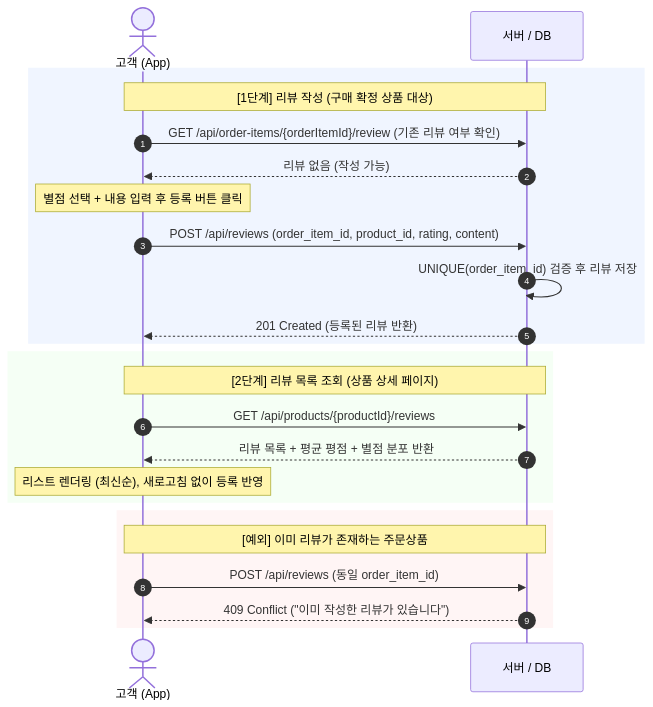
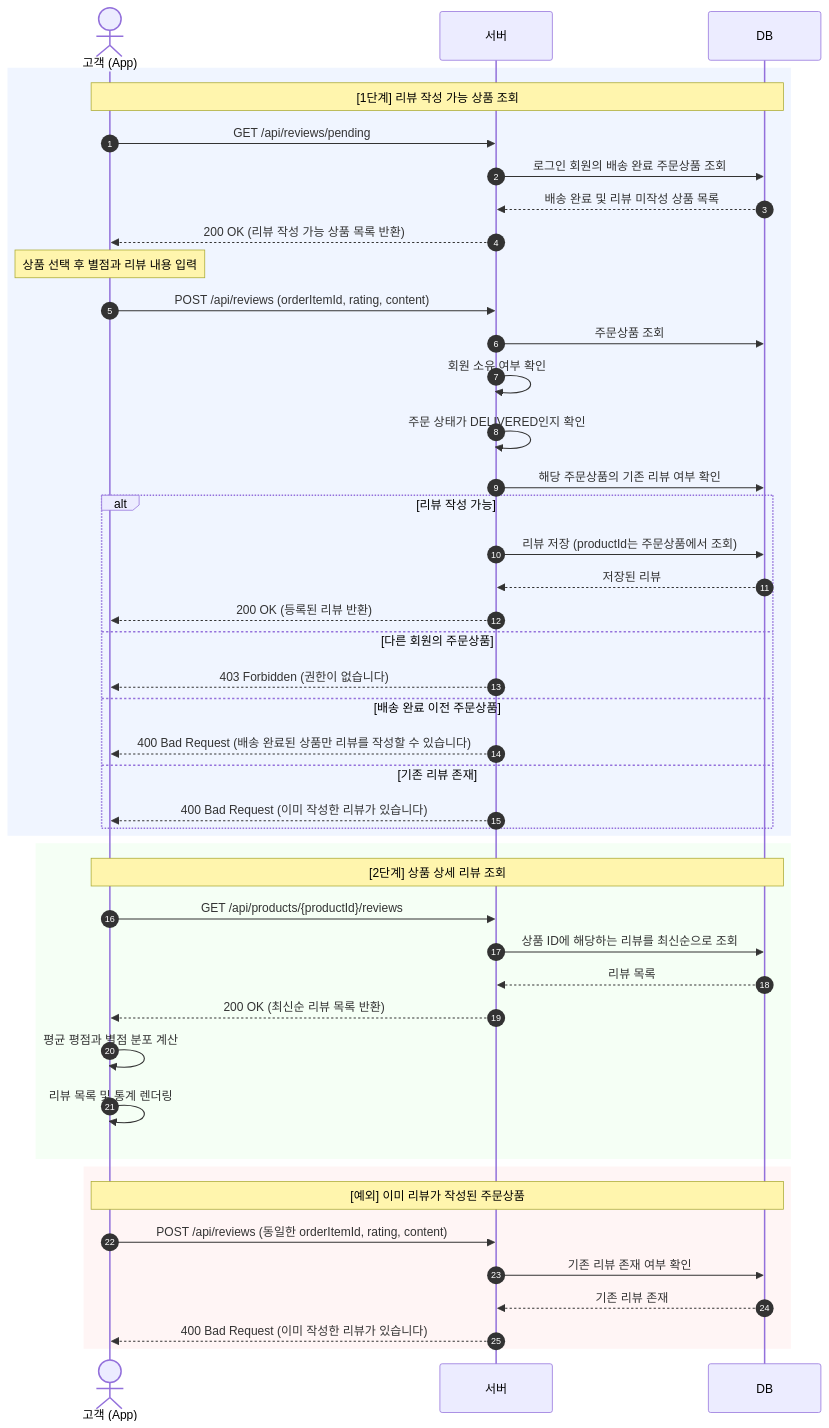
Before and after one commit to team-4-ladder/Murder-Help: the ninth of 10 diagrams in README.md, drawn with Mermaid. The commit also changed other lines of this file, not shown here.

````diff
--- a/README.md
+++ b/README.md
@@ -770,32 +808,60 @@
 ```mermaid
 sequenceDiagram
     autonumber
     actor C as 고객 (App)
-    participant S as 서버 / DB
+    participant S as 서버
+    participant DB as DB
 
-    %% 1단계: 리뷰 작성
+    %% 1단계: 리뷰 작성 가능 상품 조회
     rect rgb(240, 245, 255)
-    Note over C, S: [1단계] 리뷰 작성 (구매 확정 상품 대상)
-    C->>S: GET /api/order-items/{orderItemId}/review (기존 리뷰 여부 확인)
-    S-->>C: 리뷰 없음 (작성 가능)
-    Note over C: 별점 선택 + 내용 입력 후 등록 버튼 클릭
-    C->>S: POST /api/reviews (order_item_id, product_id, rating, content)
-    S->>S: UNIQUE(order_item_id) 검증 후 리뷰 저장
-    S-->>C: 201 Created (등록된 리뷰 반환)
+        Note over C, DB: [1단계] 리뷰 작성 가능 상품 조회
+
+        C->>S: GET /api/reviews/pending
+        S->>DB: 로그인 회원의 배송 완료 주문상품 조회
+        DB-->>S: 배송 완료 및 리뷰 미작성 상품 목록
+        S-->>C: 200 OK (리뷰 작성 가능 상품 목록 반환)
+
+        Note over C: 상품 선택 후 별점과 리뷰 내용 입력
+        C->>S: POST /api/reviews (orderItemId, rating, content)
+
+        S->>DB: 주문상품 조회
+        S->>S: 회원 소유 여부 확인
+        S->>S: 주문 상태가 DELIVERED인지 확인
+        S->>DB: 해당 주문상품의 기존 리뷰 여부 확인
+
+        alt 리뷰 작성 가능
+            S->>DB: 리뷰 저장 (productId는 주문상품에서 조회)
+            DB-->>S: 저장된 리뷰
+            S-->>C: 200 OK (등록된 리뷰 반환)
+        else 다른 회원의 주문상품
+            S-->>C: 403 Forbidden (권한이 없습니다)
+        else 배송 완료 이전 주문상품
+            S-->>C: 400 Bad Request (배송 완료된 상품만 리뷰를 작성할 수 있습니다)
+        else 기존 리뷰 존재
+            S-->>C: 400 Bad Request (이미 작성한 리뷰가 있습니다)
+        end
     end
 
-    %% 2단계: 리뷰 목록 조회
+    %% 2단계: 상품 리뷰 목록 조회
     rect rgb(245, 255, 245)
-    Note over C, S: [2단계] 리뷰 목록 조회 (상품 상세 페이지)
-    C->>S: GET /api/products/{productId}/reviews
-    S-->>C: 리뷰 목록 + 평균 평점 + 별점 분포 반환
-    Note over C: 리스트 렌더링 (최신순), 새로고침 없이 등록 반영
+        Note over C, DB: [2단계] 상품 상세 리뷰 조회
+
+        C->>S: GET /api/products/{productId}/reviews
+        S->>DB: 상품 ID에 해당하는 리뷰를 최신순으로 조회
+        DB-->>S: 리뷰 목록
+        S-->>C: 200 OK (최신순 리뷰 목록 반환)
+
+        C->>C: 평균 평점과 별점 분포 계산
+        C->>C: 리뷰 목록 및 통계 렌더링
     end
 
-    %% 3단계: 예외 - 중복 작성
+    %% 3단계: 중복 리뷰 작성 예외
     rect rgb(255, 245, 245)
-    Note over C, S: [예외] 이미 리뷰가 존재하는 주문상품
-    C->>S: POST /api/reviews (동일 order_item_id)
-    S-->>C: 409 Conflict ("이미 작성한 리뷰가 있습니다")
+        Note over C, DB: [예외] 이미 리뷰가 작성된 주문상품
+
+        C->>S: POST /api/reviews (동일한 orderItemId, rating, content)
+        S->>DB: 기존 리뷰 존재 여부 확인
+        DB-->>S: 기존 리뷰 존재
+        S-->>C: 400 Bad Request (이미 작성한 리뷰가 있습니다)
     end
 ```
````
